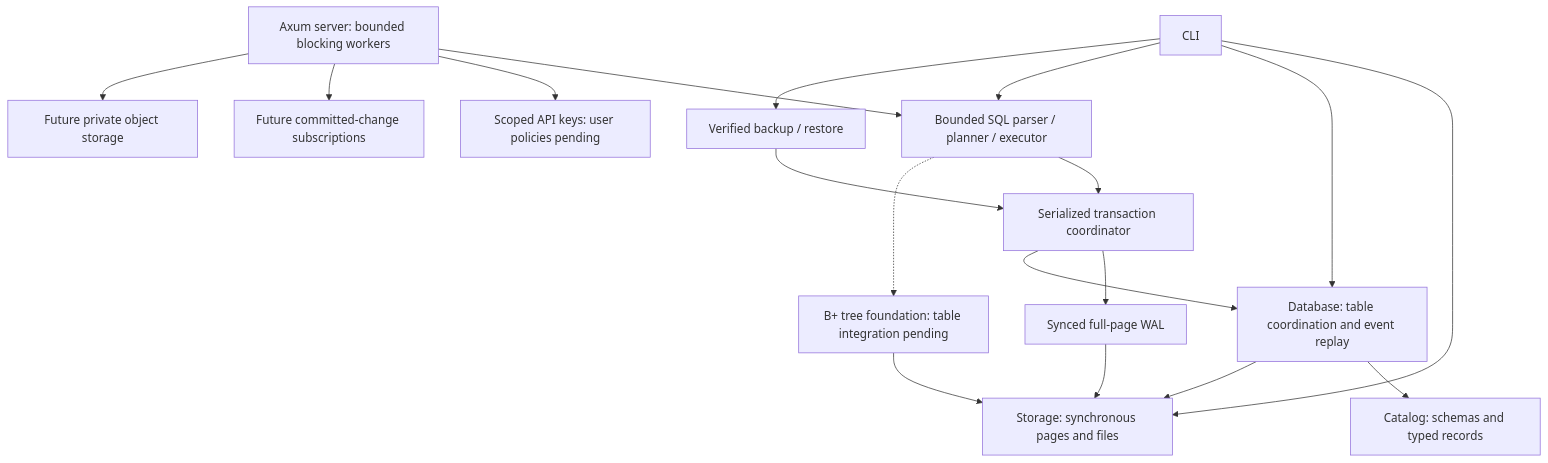
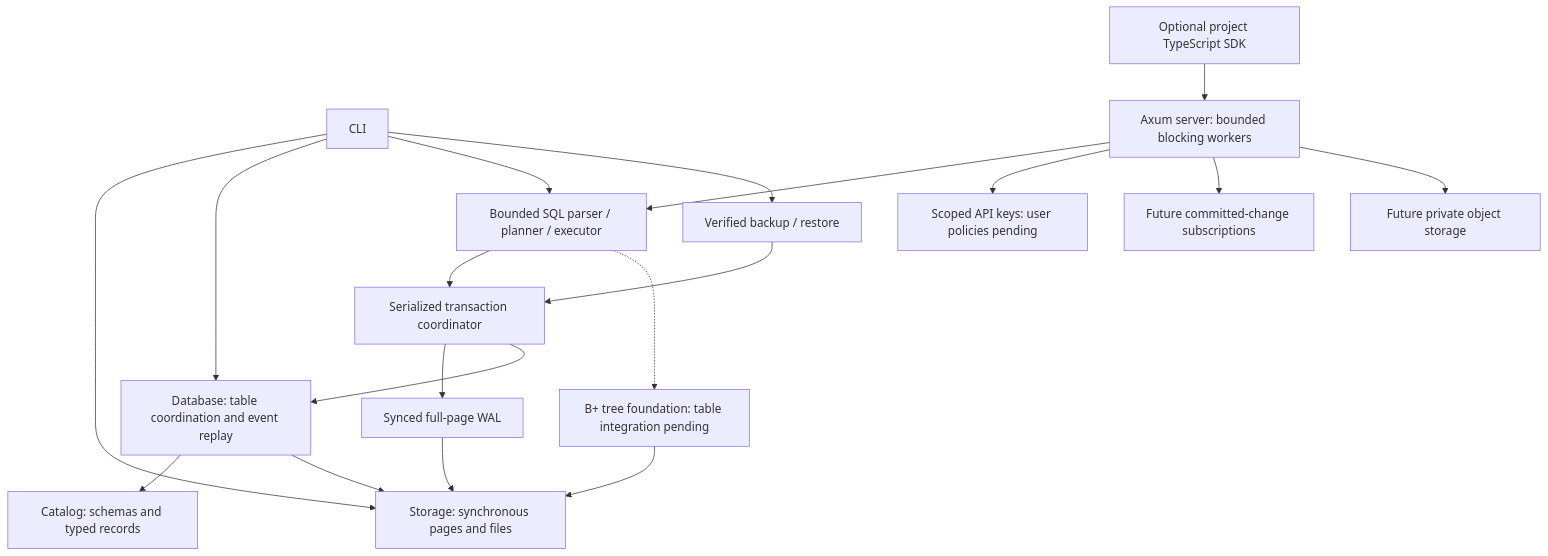
The diagram in docs/architecture.md (vantaeonx/EmilyBase), drawn with Mermaid before and after one commit. The commit also changed other lines of this file and 15 other files, not shown here.

````diff
--- a/docs/architecture.md
+++ b/docs/architecture.md
@@ -7,20 +7,21 @@
 ```mermaid
 flowchart TD
   CLI[CLI] --> Storage[Storage: synchronous pages and files]
   CLI --> Database[Database: table coordination and event replay]
   Database --> Catalog[Catalog: schemas and typed records]
   Database --> Storage
   HTTP[Axum server: bounded blocking workers] --> Query[Bounded SQL parser / planner / executor]
+  SDK[Optional project TypeScript SDK] --> HTTP
   CLI --> Query
   Query --> Transactions[Serialized transaction coordinator]
   Transactions --> WAL[Synced full-page WAL]
   Transactions --> Database
   Query -.-> Index[B+ tree foundation: table integration pending]
   Index --> Storage
   WAL --> Storage
   HTTP --> Auth[Scoped API keys: user policies pending]
   HTTP --> Realtime[Future committed-change subscriptions]
   HTTP --> Objects[Future private object storage]
   CLI --> Backup[Verified backup / restore]
   Backup --> Transactions
 ```
````
